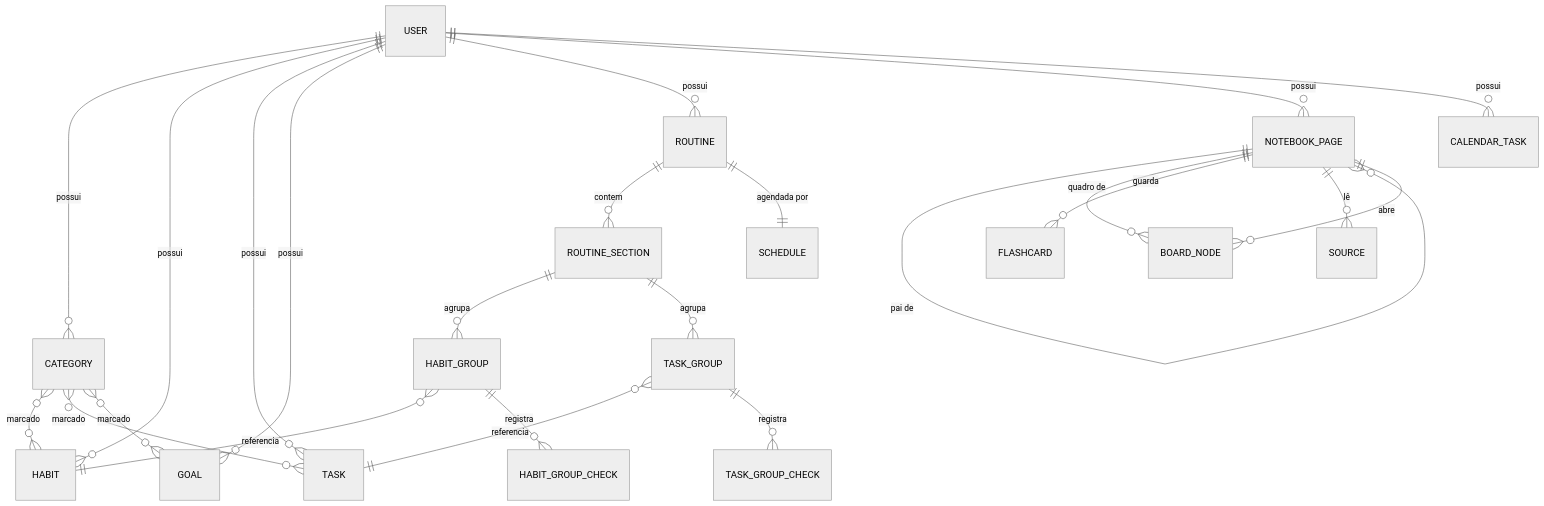
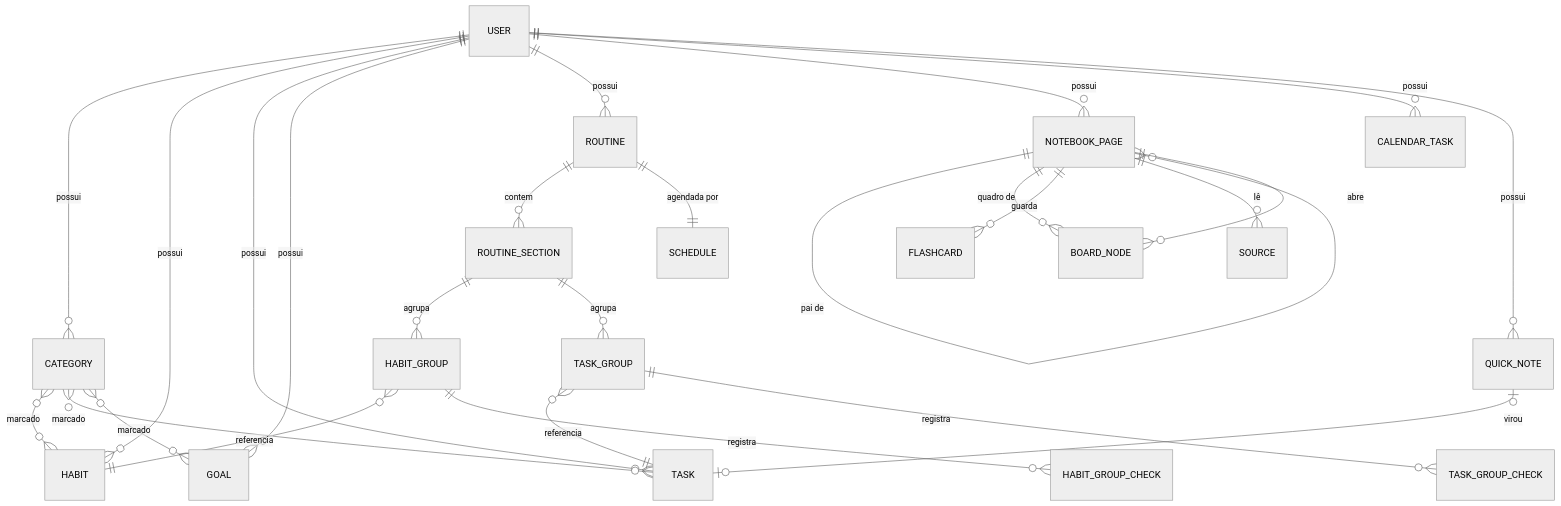
The first of 5 diagrams in architecture/overview/pt.md (AndDev741/Beyou-arch-design), drawn with Mermaid (neutral theme) before and after one commit. The commit also changed other lines of this file and 31 other files, not shown here.

````diff
--- a/architecture/overview/pt.md
+++ b/architecture/overview/pt.md
@@ -43,32 +43,35 @@
 ```mermaid
 erDiagram
   USER ||--o{ CATEGORY : possui
   USER ||--o{ HABIT : possui
   USER ||--o{ TASK : possui
   USER ||--o{ GOAL : possui
   USER ||--o{ ROUTINE : possui
   USER ||--o{ NOTEBOOK_PAGE : possui
   USER ||--o{ CALENDAR_TASK : possui
+  USER ||--o{ QUICK_NOTE : possui
 
   CATEGORY }o--o{ HABIT : marcado
   CATEGORY }o--o{ TASK : marcado
   CATEGORY }o--o{ GOAL : marcado
 
   ROUTINE ||--o{ ROUTINE_SECTION : contem
   ROUTINE ||--|| SCHEDULE : "agendada por"
 
   ROUTINE_SECTION ||--o{ HABIT_GROUP : agrupa
   ROUTINE_SECTION ||--o{ TASK_GROUP : agrupa
 
   HABIT_GROUP }o--|| HABIT : referencia
   TASK_GROUP }o--|| TASK : referencia
 
   HABIT_GROUP ||--o{ HABIT_GROUP_CHECK : registra
   TASK_GROUP ||--o{ TASK_GROUP_CHECK : registra
 
   NOTEBOOK_PAGE ||--o{ NOTEBOOK_PAGE : "pai de"
   NOTEBOOK_PAGE ||--o{ BOARD_NODE : "quadro de"
   BOARD_NODE }o--|| NOTEBOOK_PAGE : abre
   NOTEBOOK_PAGE ||--o{ FLASHCARD : guarda
   NOTEBOOK_PAGE ||--o{ SOURCE : lê
+
+  QUICK_NOTE |o--o| TASK : "virou"
 ```
````
